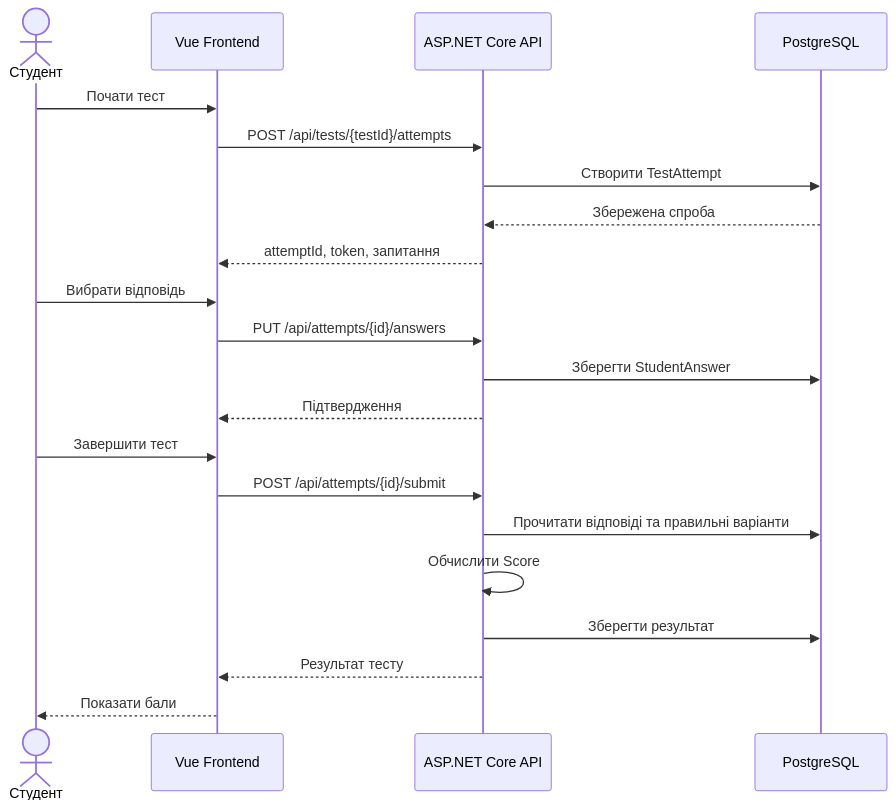
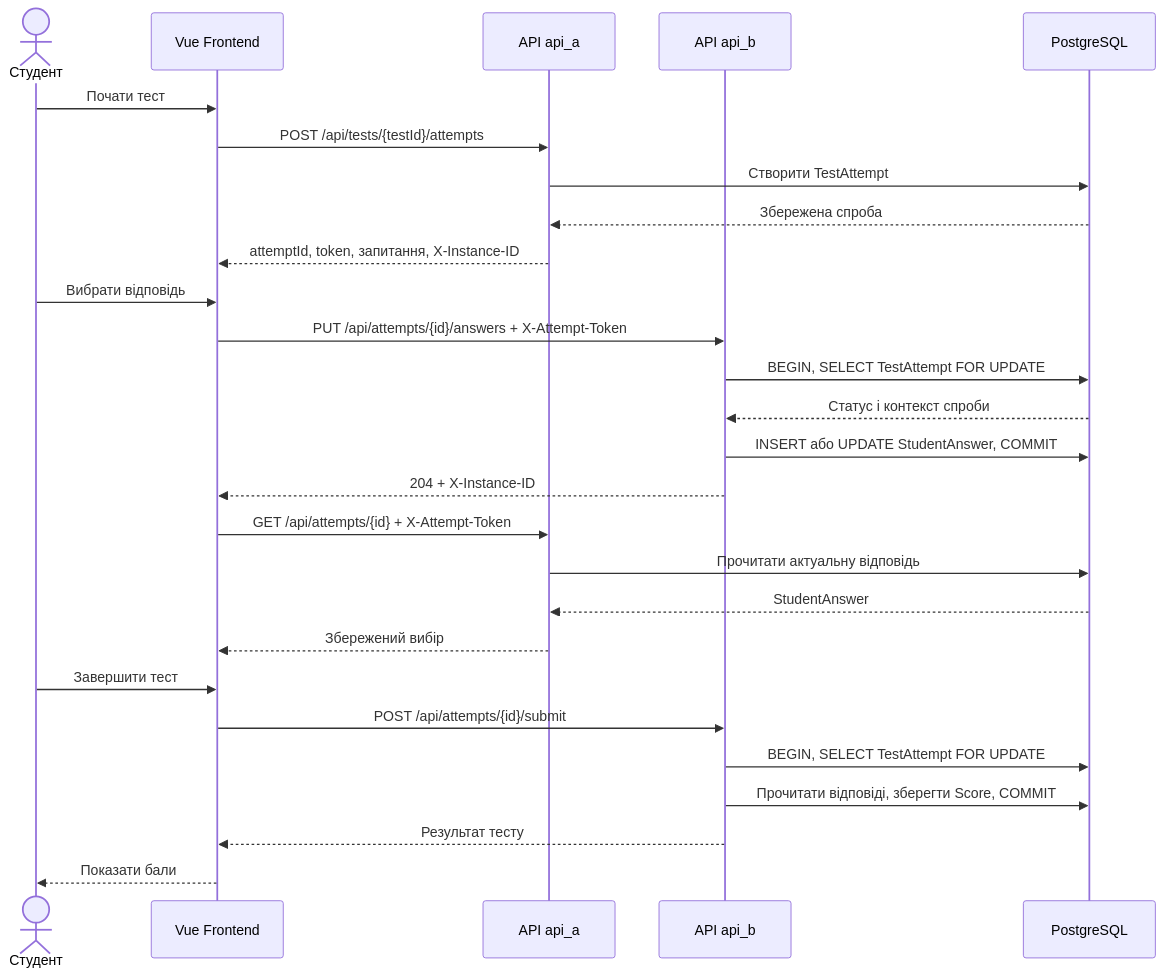
The third of 3 diagrams in docs/architecture.md (LYarmoliuk/OnlineTesting), drawn with Mermaid before and after one commit. The commit also changed other lines of this file and 5 other files, not shown here.

````diff
--- a/docs/architecture.md
+++ b/docs/architecture.md
@@ -80,26 +97,32 @@
 ```mermaid
 sequenceDiagram
     actor Student as Студент
     participant UI as Vue Frontend
-    participant API as ASP.NET Core API
+    participant APIA as API api_a
+    participant APIB as API api_b
     participant DB as PostgreSQL
 
     Student->>UI: Почати тест
-    UI->>API: POST /api/tests/{testId}/attempts
-    API->>DB: Створити TestAttempt
-    DB-->>API: Збережена спроба
-    API-->>UI: attemptId, token, запитання
+    UI->>APIA: POST /api/tests/{testId}/attempts
+    APIA->>DB: Створити TestAttempt
+    DB-->>APIA: Збережена спроба
+    APIA-->>UI: attemptId, token, запитання, X-Instance-ID
 
     Student->>UI: Вибрати відповідь
-    UI->>API: PUT /api/attempts/{id}/answers
-    API->>DB: Зберегти StudentAnswer
-    API-->>UI: Підтвердження
+    UI->>APIB: PUT /api/attempts/{id}/answers + X-Attempt-Token
+    APIB->>DB: BEGIN, SELECT TestAttempt FOR UPDATE
+    DB-->>APIB: Статус і контекст спроби
+    APIB->>DB: INSERT або UPDATE StudentAnswer, COMMIT
+    APIB-->>UI: 204 + X-Instance-ID
 
+    UI->>APIA: GET /api/attempts/{id} + X-Attempt-Token
+    APIA->>DB: Прочитати актуальну відповідь
+    DB-->>APIA: StudentAnswer
+    APIA-->>UI: Збережений вибір
     Student->>UI: Завершити тест
-    UI->>API: POST /api/attempts/{id}/submit
-    API->>DB: Прочитати відповіді та правильні варіанти
-    API->>API: Обчислити Score
-    API->>DB: Зберегти результат
-    API-->>UI: Результат тесту
+    UI->>APIB: POST /api/attempts/{id}/submit
+    APIB->>DB: BEGIN, SELECT TestAttempt FOR UPDATE
+    APIB->>DB: Прочитати відповіді, зберегти Score, COMMIT
+    APIB-->>UI: Результат тесту
     UI-->>Student: Показати бали
 ```
````
